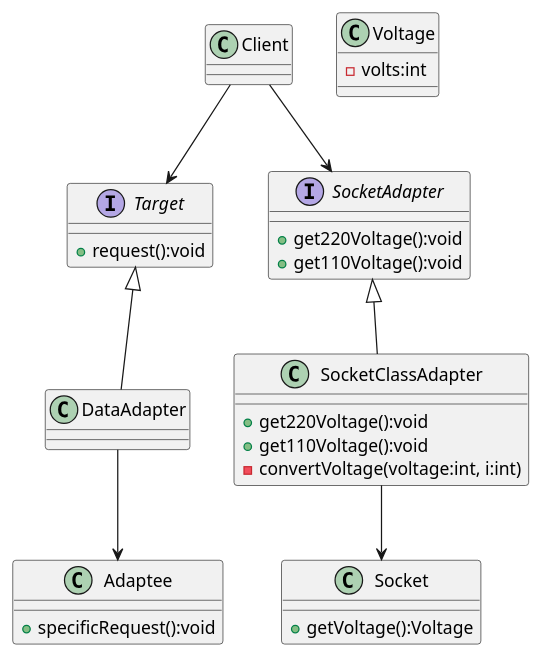
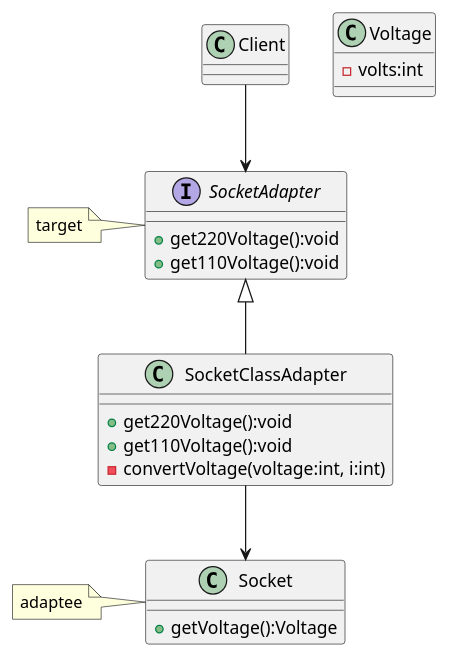
The diagram in src/main/java/com/sda/patterns/structural/adapter/ex2/ex2.puml (cosminbucur/sda-clean-code), drawn with PlantUML before and after one commit. The commit also changed 12 other files, not shown here.

```diff
--- a/src/main/java/com/sda/patterns/structural/adapter/ex2/ex2.puml
+++ b/src/main/java/com/sda/patterns/structural/adapter/ex2/ex2.puml
@@ -1,41 +1,30 @@
 @startuml
 
 class Client
-
-interface Target {
-+request():void
-}
 
 class Voltage {
 -volts:int
 }
 
 class Socket {
 +getVoltage():Voltage
 }
-
+note left: adaptee
 
 interface SocketAdapter {
 +get220Voltage():void
 +get110Voltage():void
 }
+note left: target
 
 class SocketClassAdapter {
 +get220Voltage():void
 +get110Voltage():void
 -convertVoltage(voltage:int, i:int)
 }
 
-class Adaptee {
-+specificRequest():void
-}
-
 SocketAdapter <|-- SocketClassAdapter
 Client --> SocketAdapter
 SocketClassAdapter --> Socket
 
-Target <|-- DataAdapter
-DataAdapter --> Adaptee
-Client --> Target
-
 @enduml
```
